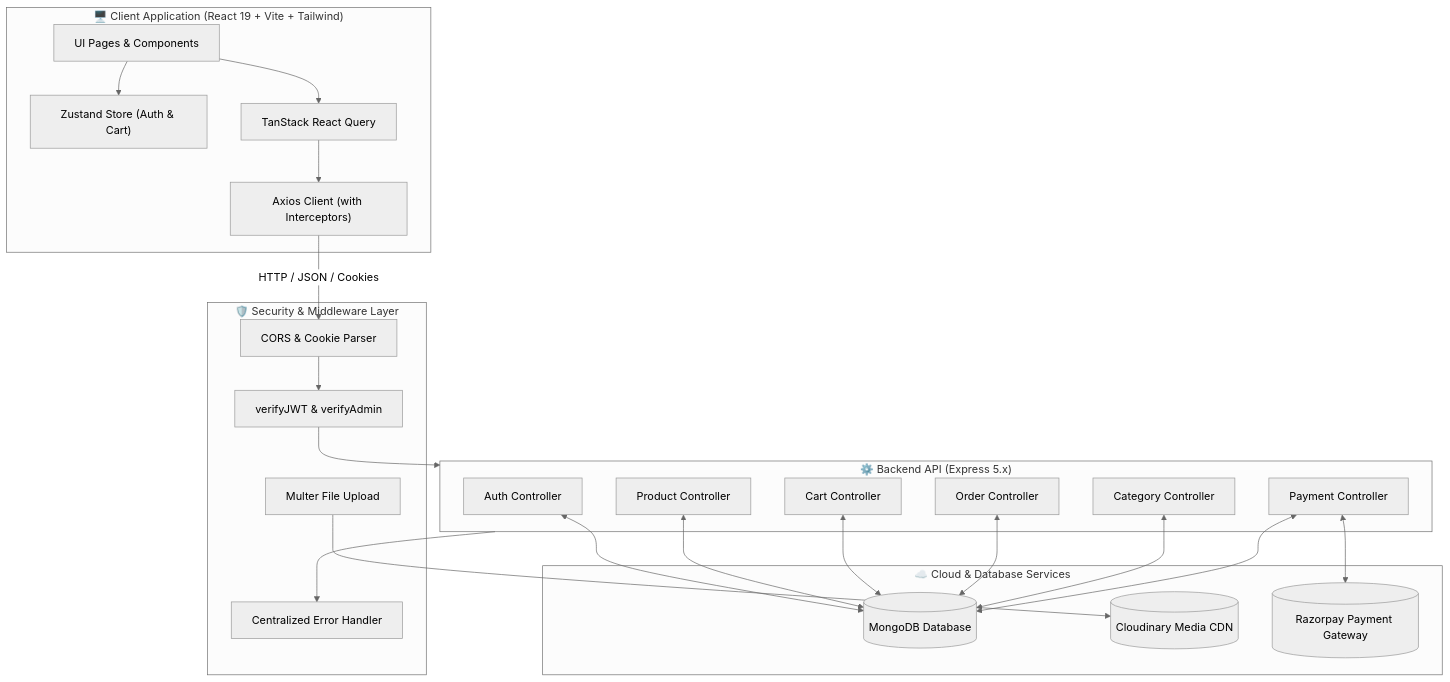
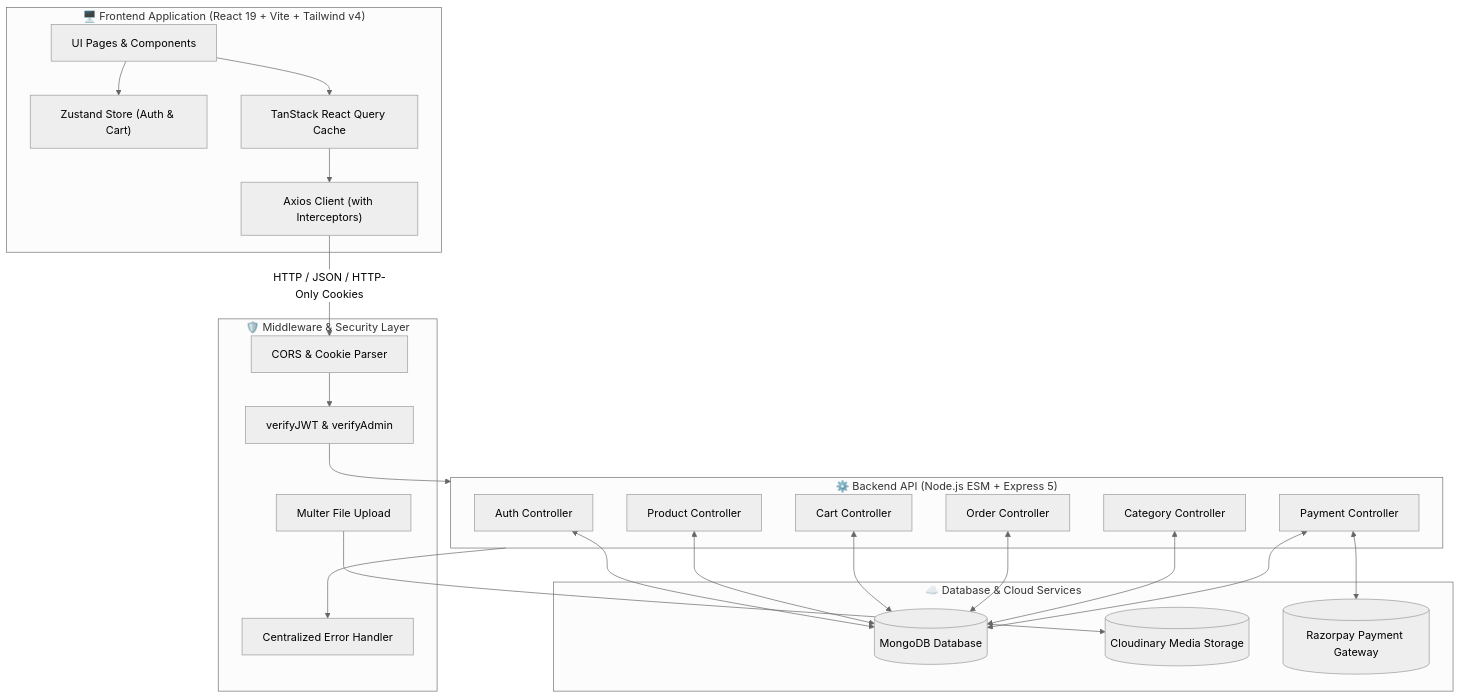
The diagram in README.md (rahul-rathore-sd/shopera), drawn with Mermaid (neutral theme) before and after one commit. The commit also changed other lines of this file and 21 other files, not shown here.

````diff
--- a/README.md
+++ b/README.md
@@ -92,50 +302,50 @@
 ```mermaid
 flowchart TD
-    subgraph Client["🖥️ Client Application (React 19 + Vite + Tailwind)"]
+    subgraph Client["🖥️ Frontend Application (React 19 + Vite + Tailwind v4)"]
         UI["UI Pages & Components"]
         Zustand["Zustand Store (Auth & Cart)"]
-        ReactQuery["TanStack React Query"]
+        ReactQuery["TanStack React Query Cache"]
         Axios["Axios Client (with Interceptors)"]
         
         UI --> Zustand
         UI --> ReactQuery
         ReactQuery --> Axios
     end
 
-    subgraph Gateway["🛡️ Security & Middleware Layer"]
+    subgraph Security["🛡️ Middleware & Security Layer"]
         CORS["CORS & Cookie Parser"]
         AuthMid["verifyJWT & verifyAdmin"]
         MulterMid["Multer File Upload"]
         ErrorHandler["Centralized Error Handler"]
     end
 
-    subgraph Server["⚙️ Backend API (Express 5.x)"]
+    subgraph Backend["⚙️ Backend API (Node.js ESM + Express 5)"]
         AuthCtrl["Auth Controller"]
         ProdCtrl["Product Controller"]
         CartCtrl["Cart Controller"]
         OrderCtrl["Order Controller"]
         PayCtrl["Payment Controller"]
         CatCtrl["Category Controller"]
     end
 
-    subgraph Storage["☁️ Cloud & Database Services"]
+    subgraph Infrastructure["☁️ Database & Cloud Services"]
         MongoDB[("MongoDB Database")]
-        Cloudinary[("Cloudinary Media CDN")]
+        Cloudinary[("Cloudinary Media Storage")]
         Razorpay[("Razorpay Payment Gateway")]
     end
 
-    Axios -- "HTTP / JSON / Cookies" --> CORS
+    Axios -- "HTTP / JSON / HTTP-Only Cookies" --> CORS
     CORS --> AuthMid
-    AuthMid --> Server
+    AuthMid --> Backend
     MulterMid --> Cloudinary
     
     AuthCtrl <--> MongoDB
     ProdCtrl <--> MongoDB
     CartCtrl <--> MongoDB
     OrderCtrl <--> MongoDB
     CatCtrl <--> MongoDB
     PayCtrl <--> Razorpay
     PayCtrl <--> MongoDB
     
-    Server --> ErrorHandler
+    Backend --> ErrorHandler
 ```
````
